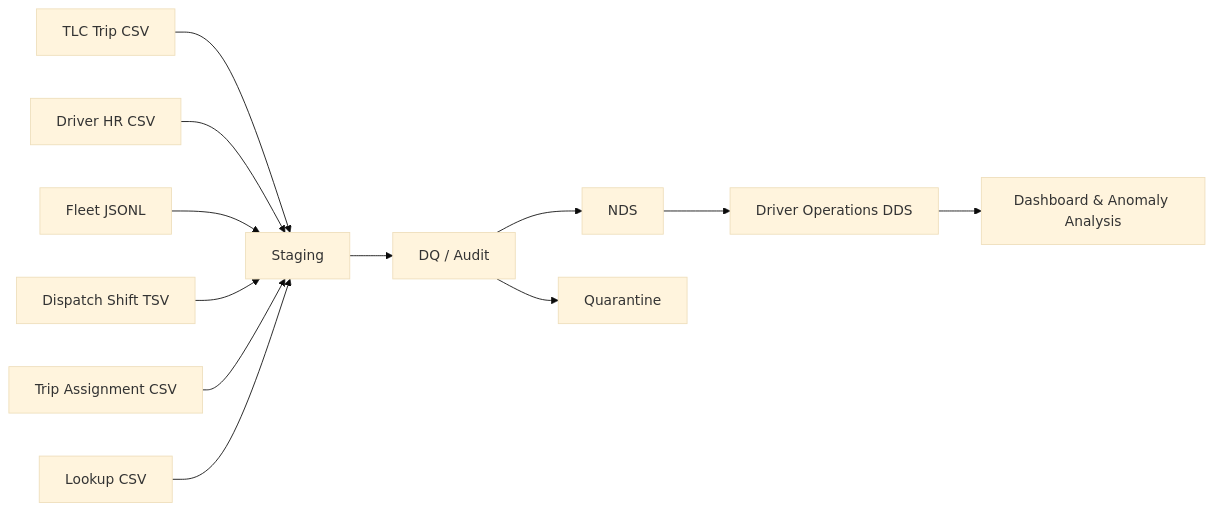
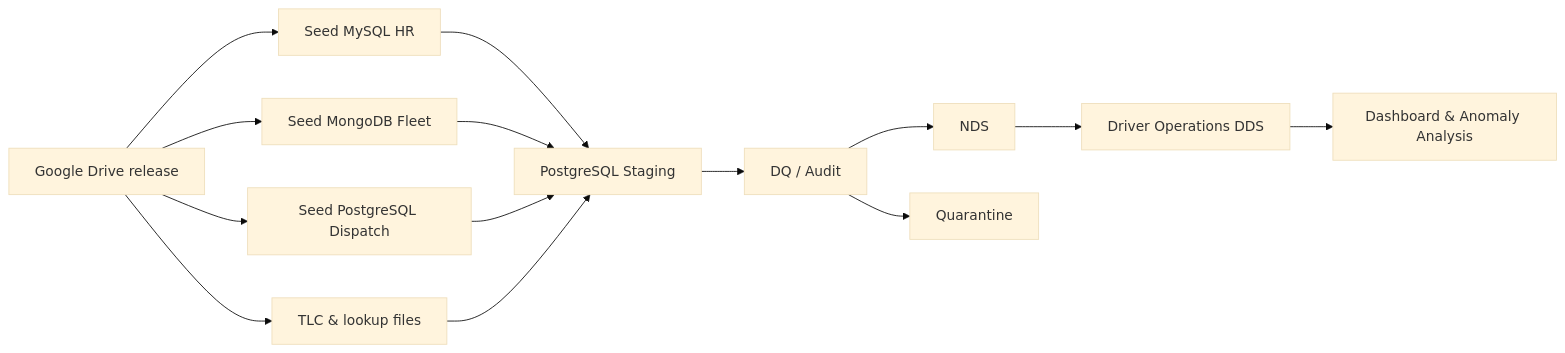
The diagram in README.md (HuyVuCV1011/Green-taxi), drawn with Mermaid (base theme) before and after one commit. The commit also changed other lines of this file and 35 other files, not shown here.

````diff
--- a/README.md
+++ b/README.md
@@ -48,14 +49,16 @@
 ```mermaid
 flowchart LR
-    A["TLC Trip CSV"] --> S["Staging"]
-    B["Driver HR CSV"] --> S
-    C["Fleet JSONL"] --> S
-    D["Dispatch Shift TSV"] --> S
-    E["Trip Assignment CSV"] --> S
-    F["Lookup CSV"] --> S
+    G["Google Drive release"] --> H["Seed MySQL HR"]
+    G --> M["Seed MongoDB Fleet"]
+    G --> D["Seed PostgreSQL Dispatch"]
+    G --> A["TLC & lookup files"]
+    H --> S["PostgreSQL Staging"]
+    M --> S
+    D --> S
+    A --> S
     S --> Q["DQ / Audit"]
     Q --> N["NDS"]
     Q --> X["Quarantine"]
     N --> W["Driver Operations DDS"]
     W --> P["Dashboard & Anomaly Analysis"]
 ```
````
